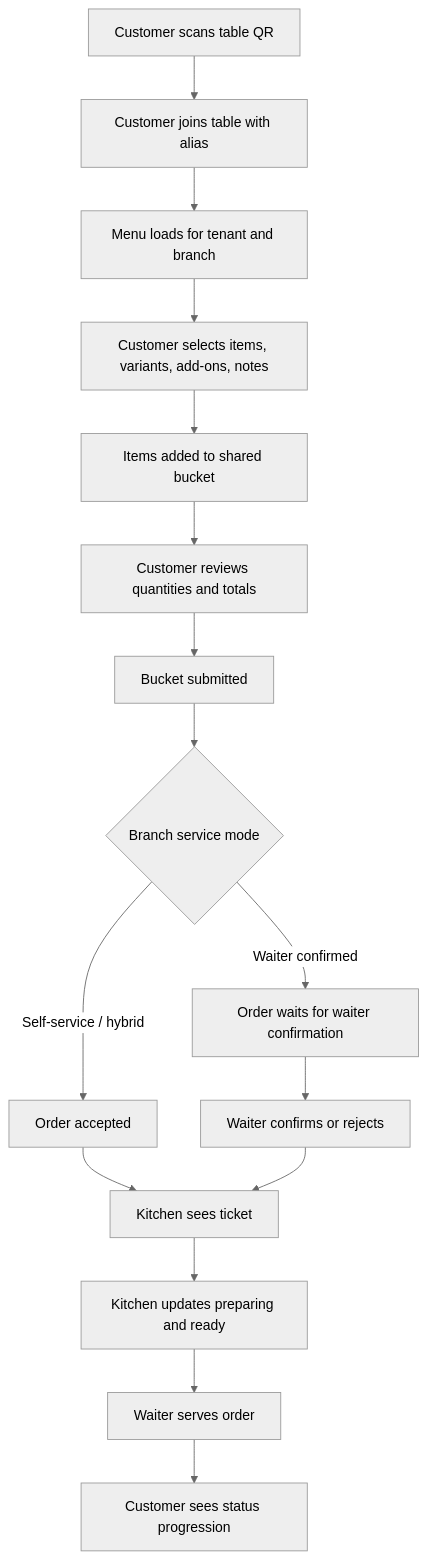
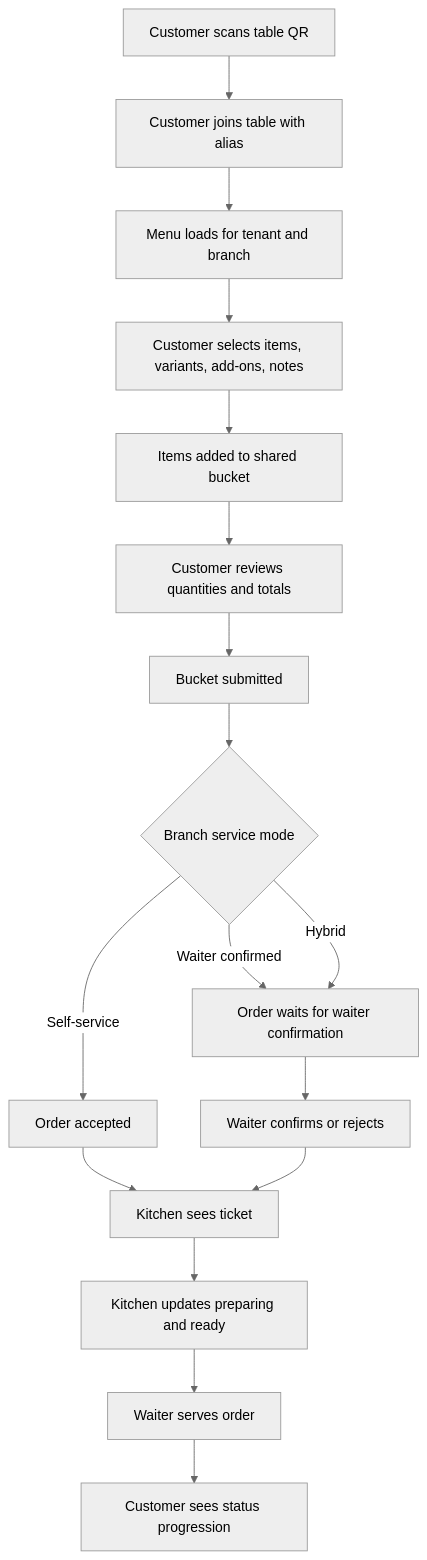
Before and after one commit to abhishekmishra0409/Servora: the first of 6 diagrams in docs/project-overview.md, drawn with Mermaid (neutral theme). The commit also changed 29 other files, not shown here.

````diff
--- a/docs/project-overview.md
+++ b/docs/project-overview.md
@@ -33,18 +33,19 @@
 ```mermaid
 flowchart TD
   A[Customer scans table QR] --> B[Customer joins table with alias]
   B --> C[Menu loads for tenant and branch]
   C --> D[Customer selects items, variants, add-ons, notes]
   D --> E[Items added to shared bucket]
   E --> F[Customer reviews quantities and totals]
   F --> G[Bucket submitted]
   G --> H{Branch service mode}
   H -->|Waiter confirmed| I[Order waits for waiter confirmation]
-  H -->|Self-service / hybrid| J[Order accepted]
+  H -->|Self-service| J[Order accepted]
+  H -->|Hybrid| I
   I --> K[Waiter confirms or rejects]
   J --> L[Kitchen sees ticket]
   K --> L
   L --> M[Kitchen updates preparing and ready]
   M --> N[Waiter serves order]
   N --> O[Customer sees status progression]
 ```
````
